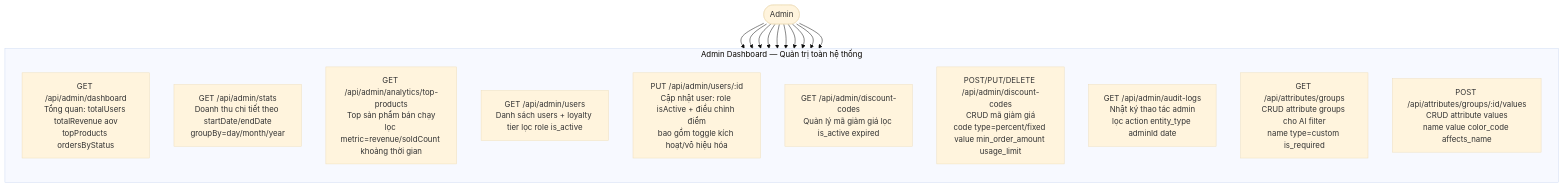
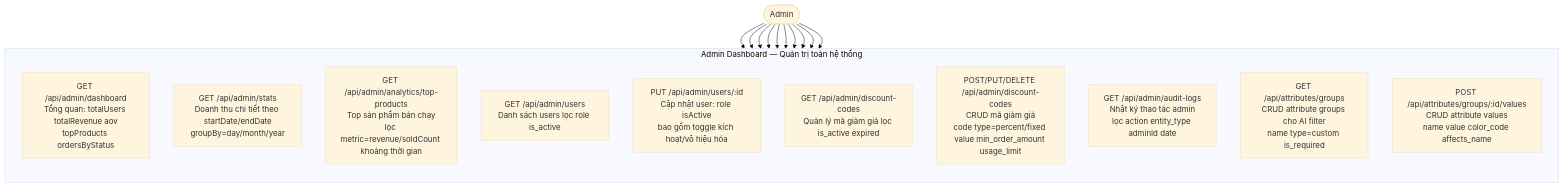
The tenth of 28 diagrams in DIAGRAMS.md (MinhThang1009/E-commerce-website), drawn with Mermaid (base theme) before and after one commit. The commit also changed other lines of this file and 45 other files, not shown here.

First line of the commit message:
docs: cập nhật toàn bộ CLAUDE.md sau khi xóa loyalty/warranty/banner/news

````diff
--- a/DIAGRAMS.md
+++ b/DIAGRAMS.md
@@ -431,29 +364,29 @@
 ```mermaid
 flowchart TB
     Admin(["Admin"])
 
     subgraph ADMIN["Admin Dashboard — Quản trị toàn hệ thống"]
         direction TB
         AD1["GET /api/admin/dashboard\nTổng quan: totalUsers totalRevenue aov\ntopProducts ordersByStatus"]
         AD2["GET /api/admin/stats\nDoanh thu chi tiết theo startDate/endDate\ngroupBy=day/month/year"]
         AD3["GET /api/admin/analytics/top-products\nTop sản phẩm bán chạy\nlọc metric=revenue/soldCount khoảng thời gian"]
-        AD4["GET /api/admin/users\nDanh sách users + loyalty tier lọc role is_active"]
-        AD5["PUT /api/admin/users/:id\nCập nhật user: role isActive + điều chỉnh điểm\nbao gồm toggle kích hoạt/vô hiệu hóa"]
+        AD4["GET /api/admin/users\nDanh sách users lọc role is_active"]
+        AD5["PUT /api/admin/users/:id\nCập nhật user: role isActive\nbao gồm toggle kích hoạt/vô hiệu hóa"]
         AD6["GET /api/admin/discount-codes\nQuản lý mã giảm giá lọc is_active expired"]
         AD7["POST/PUT/DELETE /api/admin/discount-codes\nCRUD mã giảm giá\ncode type=percent/fixed value min_order_amount usage_limit"]
         AD8["GET /api/admin/audit-logs\nNhật ký thao tác admin\nlọc action entity_type adminId date"]
         AD9["GET /api/attributes/groups\nCRUD attribute groups cho AI filter\nname type=custom is_required"]
         AD10["POST /api/attributes/groups/:id/values\nCRUD attribute values\nname value color_code affects_name"]
     end
 
     Admin --> AD1
     Admin --> AD2
     Admin --> AD3
     Admin --> AD4
     Admin --> AD5
     Admin --> AD6
     Admin --> AD7
     Admin --> AD8
     Admin --> AD9
     Admin --> AD10
 ```
````
